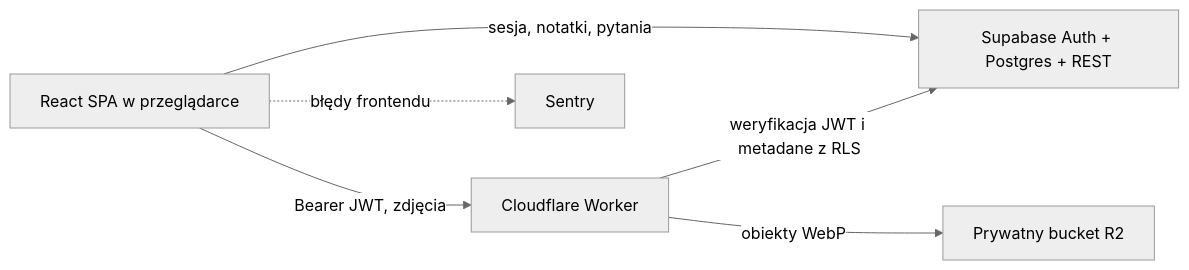
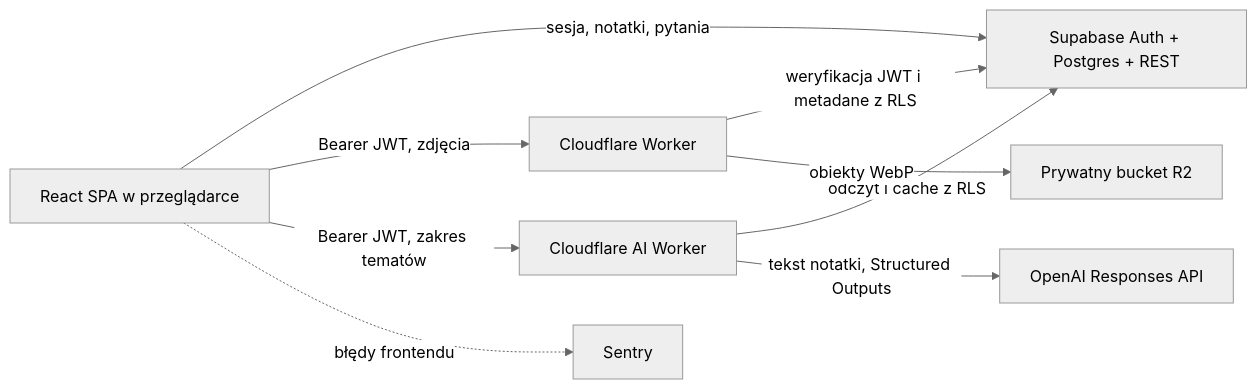
Before and after one commit to Remii3/NoteTracker: the diagram in docs/architecture.md, drawn with Mermaid (neutral theme). The commit also changed other lines of this file and 26 other files, not shown here.

````diff
--- a/docs/architecture.md
+++ b/docs/architecture.md
@@ -5,14 +5,19 @@
 ```mermaid
 flowchart LR
   Browser[React SPA w przeglądarce]
   Supabase[Supabase Auth + Postgres + REST]
   Worker[Cloudflare Worker]
+  AiWorker[Cloudflare AI Worker]
+  OpenAI[OpenAI Responses API]
   R2[Prywatny bucket R2]
   Sentry[Sentry]
 
   Browser -->|sesja, notatki, pytania| Supabase
   Browser -->|Bearer JWT, zdjęcia| Worker
+  Browser -->|Bearer JWT, zakres tematów| AiWorker
+  AiWorker -->|odczyt i cache z RLS| Supabase
+  AiWorker -->|tekst notatki, Structured Outputs| OpenAI
   Worker -->|weryfikacja JWT i metadane z RLS| Supabase
   Worker -->|obiekty WebP| R2
   Browser -.->|błędy frontendu| Sentry
 ```
````
